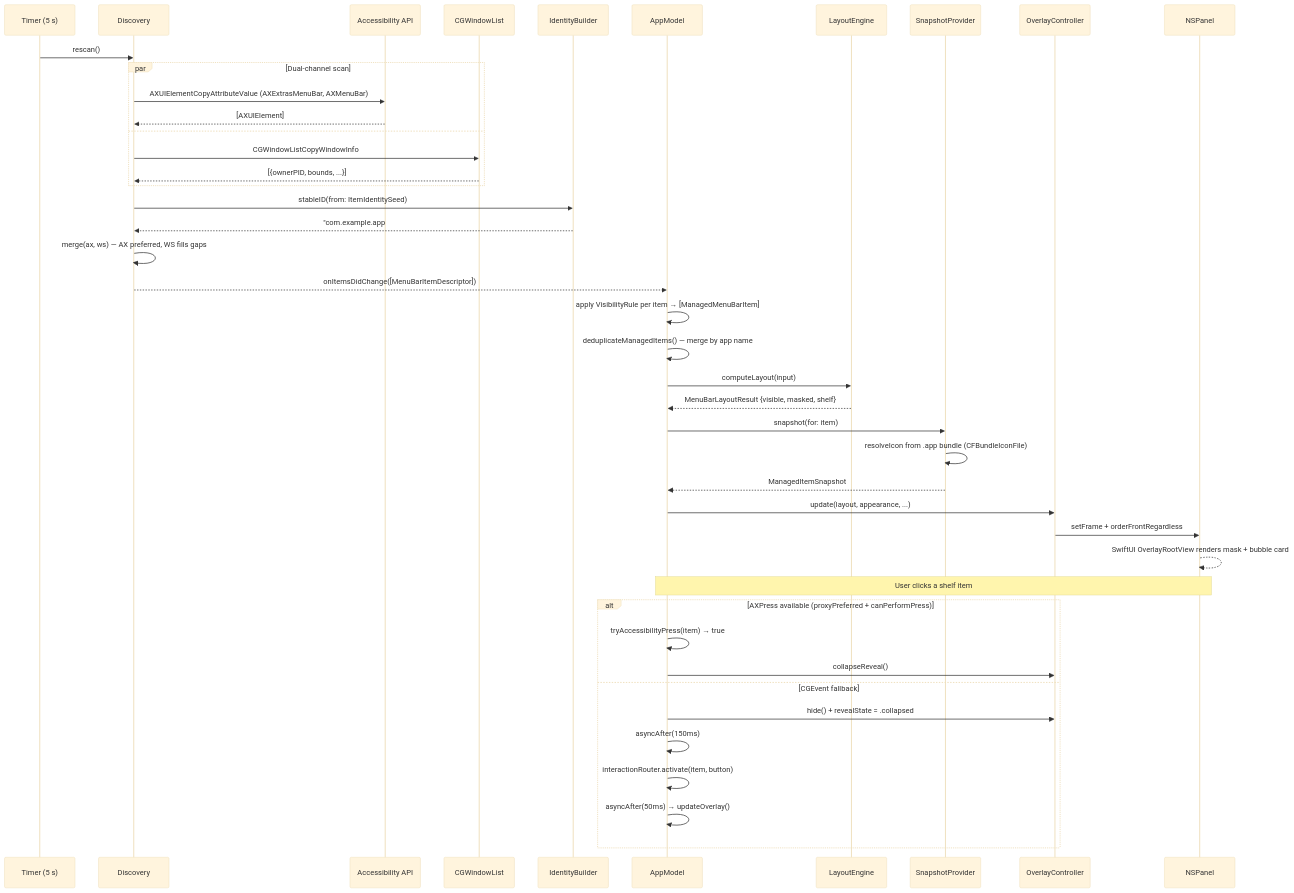
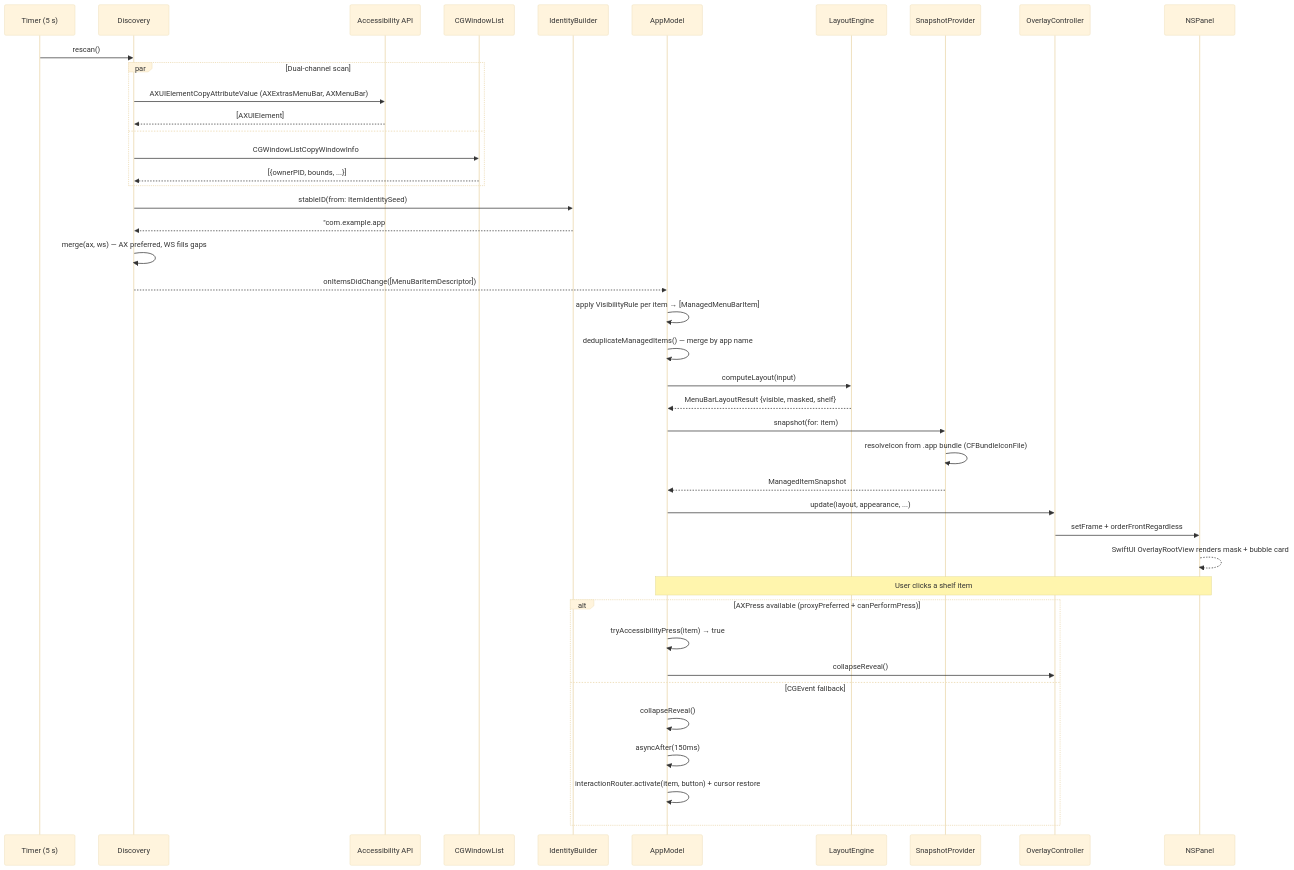
One commit to occcat/fuck-the-menu-bar changed the second of 3 diagrams in docs/ARCHITECTURE.md. Above: the diagram before and after it, drawn with Mermaid (base theme). The commit also changed other lines of this file and 10 other files, not shown here.

````diff
--- a/docs/ARCHITECTURE.md
+++ b/docs/ARCHITECTURE.md
@@ -111,53 +111,52 @@
 ```mermaid
 sequenceDiagram
     participant Timer as Timer (5 s)
     participant Disc as Discovery
     participant AX as Accessibility API
     participant WS as CGWindowList
     participant IDBuilder as IdentityBuilder
     participant Model as AppModel
     participant LE as LayoutEngine
     participant Snap as SnapshotProvider
     participant OC as OverlayController
     participant Panel as NSPanel
 
     Timer->>Disc: rescan()
     par Dual-channel scan
         Disc->>AX: AXUIElementCopyAttributeValue (AXExtrasMenuBar, AXMenuBar)
         AX-->>Disc: [AXUIElement]
     and
         Disc->>WS: CGWindowListCopyWindowInfo
         WS-->>Disc: [{ownerPID, bounds, ...}]
     end
 
     Disc->>IDBuilder: stableID(from: ItemIdentitySeed)
     IDBuilder-->>Disc: "com.example.app#identifier"
 
     Disc->>Disc: merge(ax, ws) — AX preferred, WS fills gaps
     Disc-->>Model: onItemsDidChange([MenuBarItemDescriptor])
 
     Model->>Model: apply VisibilityRule per item → [ManagedMenuBarItem]
     Model->>Model: deduplicateManagedItems() — merge by app name
     Model->>LE: computeLayout(input)
     LE-->>Model: MenuBarLayoutResult {visible, masked, shelf}
 
     Model->>Snap: snapshot(for: item)
     Snap->>Snap: resolveIcon from .app bundle (CFBundleIconFile)
     Snap-->>Model: ManagedItemSnapshot
 
     Model->>OC: update(layout, appearance, ...)
     OC->>Panel: setFrame + orderFrontRegardless
     Panel-->>Panel: SwiftUI OverlayRootView renders mask + bubble card
 
     Note over Model,Panel: User clicks a shelf item
 
     alt AXPress available (proxyPreferred + canPerformPress)
         Model->>Model: tryAccessibilityPress(item) → true
         Model->>OC: collapseReveal()
     else CGEvent fallback
-        Model->>OC: hide() + revealState = .collapsed
+        Model->>Model: collapseReveal()
         Model->>Model: asyncAfter(150ms)
-        Model->>Model: interactionRouter.activate(item, button)
-        Model->>Model: asyncAfter(50ms) → updateOverlay()
+        Model->>Model: interactionRouter.activate(item, button) + cursor restore
     end
 ```
````
